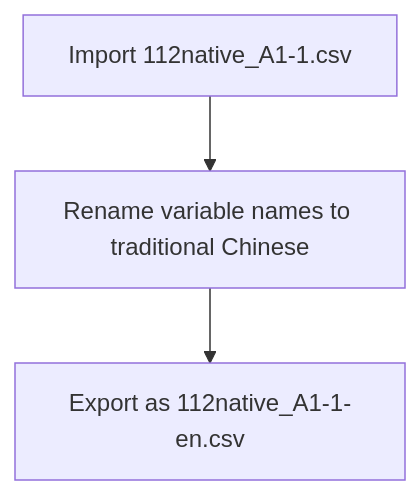
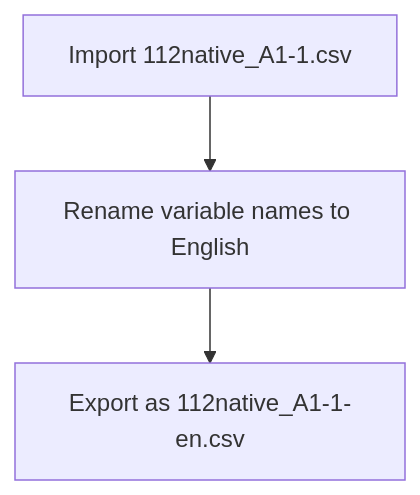
Before and after one commit to tpemartin/113-1-R: the first of 2 diagrams in Recap/week4-ee.md, drawn with Mermaid.

````diff
--- a/Recap/week4-ee.md
+++ b/Recap/week4-ee.md
@@ -11,5 +11,5 @@
 ```mermaid
 graph TD;
-  A[Import 112native_A1-1.csv] --> B[Rename variable names to traditional Chinese];
+  A[Import 112native_A1-1.csv] --> B[Rename variable names to English];
     B --> C[Export as 112native_A1-1-en.csv];
 ```
````
